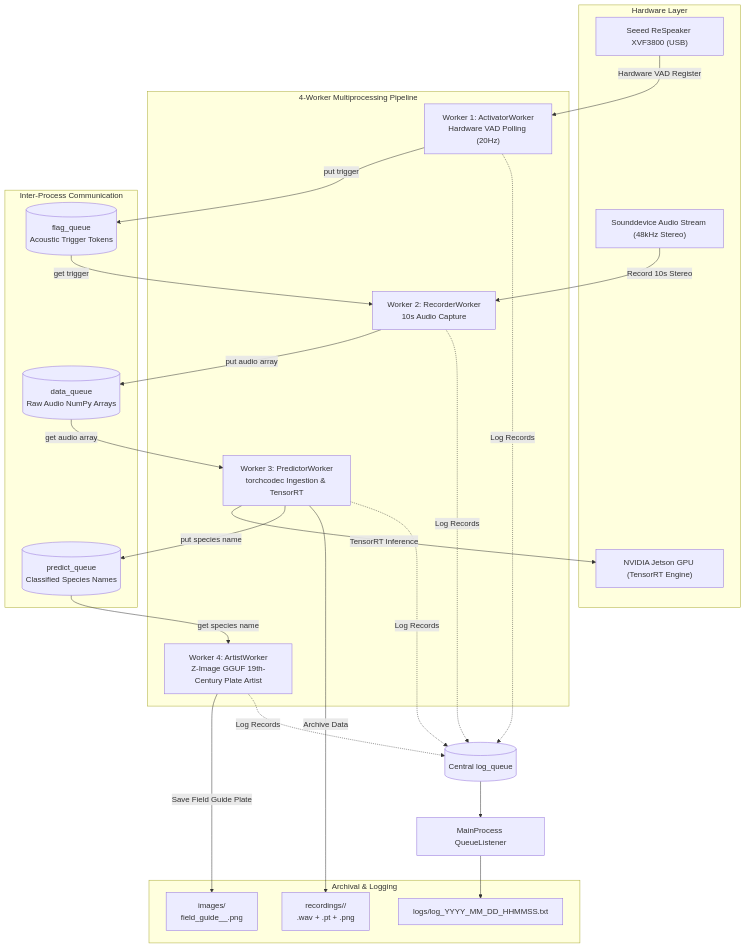
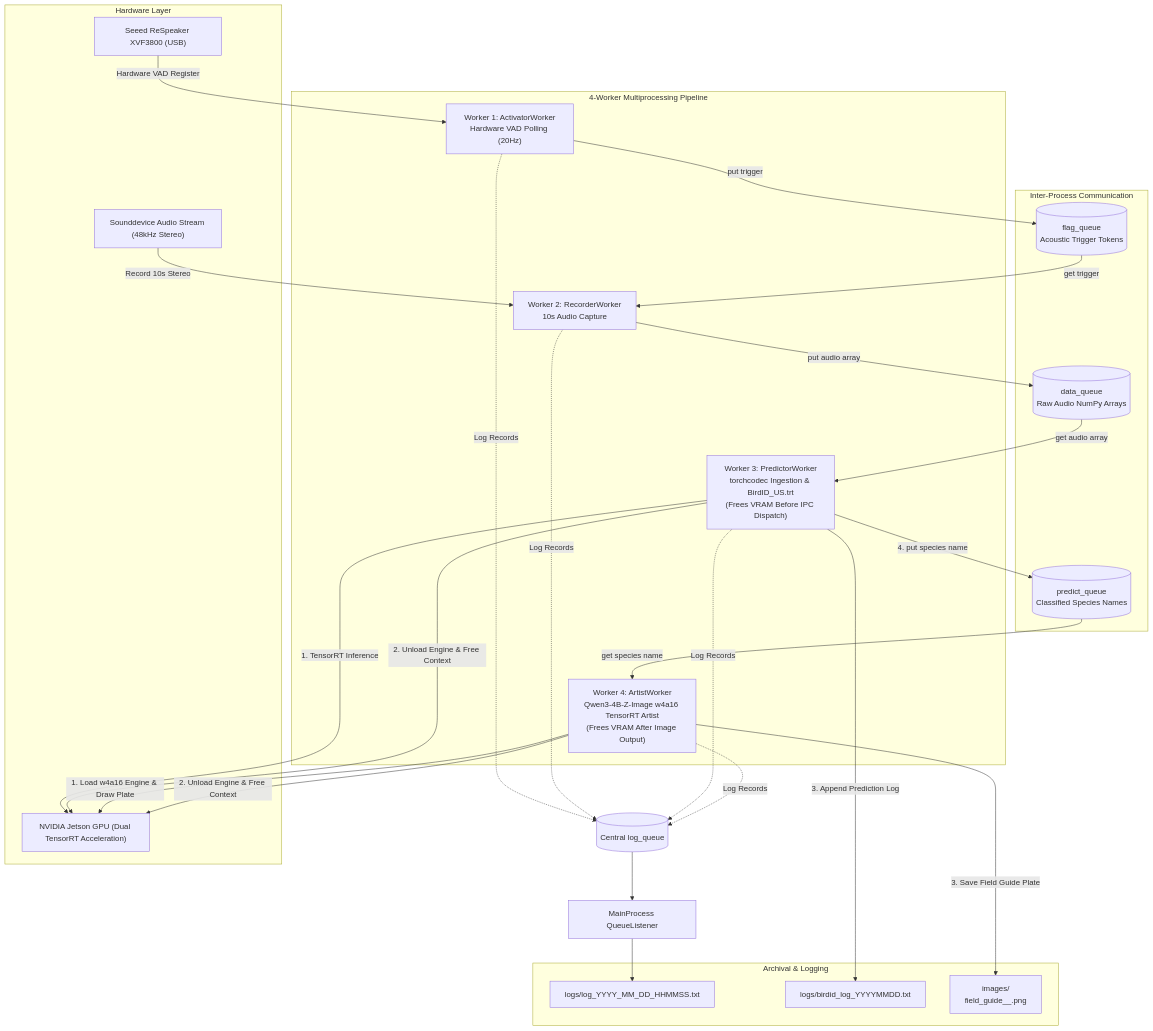
One commit to djinnerator/BirdIdentifier changed the diagram in README.MD. Above: the diagram before and after it, drawn with Mermaid. The commit also changed other lines of this file and 7 other files, not shown here.

````diff
--- a/README.MD
+++ b/README.MD
@@ -25,46 +29,49 @@
 ```mermaid
 flowchart TD
     subgraph Hardware ["Hardware Layer"]
         Mic["Seeed ReSpeaker XVF3800 (USB)"]
         AudioDev["Sounddevice Audio Stream (48kHz Stereo)"]
-        GPU["NVIDIA Jetson GPU (TensorRT Engine)"]
+        GPU["NVIDIA Jetson GPU (Dual TensorRT Acceleration)"]
     end
 
     subgraph Pipeline ["4-Worker Multiprocessing Pipeline"]
         Activator["Worker 1: ActivatorWorker<br/>Hardware VAD Polling (20Hz)"]
         Recorder["Worker 2: RecorderWorker<br/>10s Audio Capture"]
-        Predictor["Worker 3: PredictorWorker<br/>torchcodec Ingestion & TensorRT"]
-        Artist["Worker 4: ArtistWorker<br/>Z-Image GGUF 19th-Century Plate Artist"]
+        Predictor["Worker 3: PredictorWorker<br/>torchcodec Ingestion & BirdID_US.trt<br/>(Frees VRAM Before IPC Dispatch)"]
+        Artist["Worker 4: ArtistWorker<br/>Qwen3-4B-Z-Image w4a16 TensorRT Artist<br/>(Frees VRAM After Image Output)"]
     end
 
     subgraph IPC ["Inter-Process Communication"]
         FlagQ[("flag_queue<br/>Acoustic Trigger Tokens")]
         DataQ[("data_queue<br/>Raw Audio NumPy Arrays")]
         PredQ[("predict_queue<br/>Classified Species Names")]
     end
 
     subgraph Storage ["Archival & Logging"]
         Logs["logs/log_YYYY_MM_DD_HHMMSS.txt"]
-        Recordings["recordings/<bird_name>/<br/>.wav + .pt + .png"]
+        PredLog["logs/birdid_log_YYYYMMDD.txt"]
         Images["images/<br/>field_guide_<timestamp>_<bird>.png"]
     end
 
     Mic -->|Hardware VAD Register| Activator
     Activator -->|put trigger| FlagQ
     FlagQ -->|get trigger| Recorder
     AudioDev -->|Record 10s Stereo| Recorder
     Recorder -->|put audio array| DataQ
     DataQ -->|get audio array| Predictor
-    Predictor -->|TensorRT Inference| GPU
-    Predictor -->|put species name| PredQ
-    Predictor -->|Archive Data| Recordings
+    Predictor -->|1. TensorRT Inference| GPU
+    Predictor -->|2. Unload Engine & Free Context| GPU
+    Predictor -->|3. Append Prediction Log| PredLog
+    Predictor -->|4. put species name| PredQ
     PredQ -->|get species name| Artist
-    Artist -->|Save Field Guide Plate| Images
+    Artist -->|1. Load w4a16 Engine & Draw Plate| GPU
+    Artist -->|2. Unload Engine & Free Context| GPU
+    Artist -->|3. Save Field Guide Plate| Images
 
     Activator -.->|Log Records| LogQ[("Central log_queue")]
     Recorder -.->|Log Records| LogQ
     Predictor -.->|Log Records| LogQ
     Artist -.->|Log Records| LogQ
     LogQ --> Listener["MainProcess QueueListener"]
     Listener --> Logs
 ```
````
